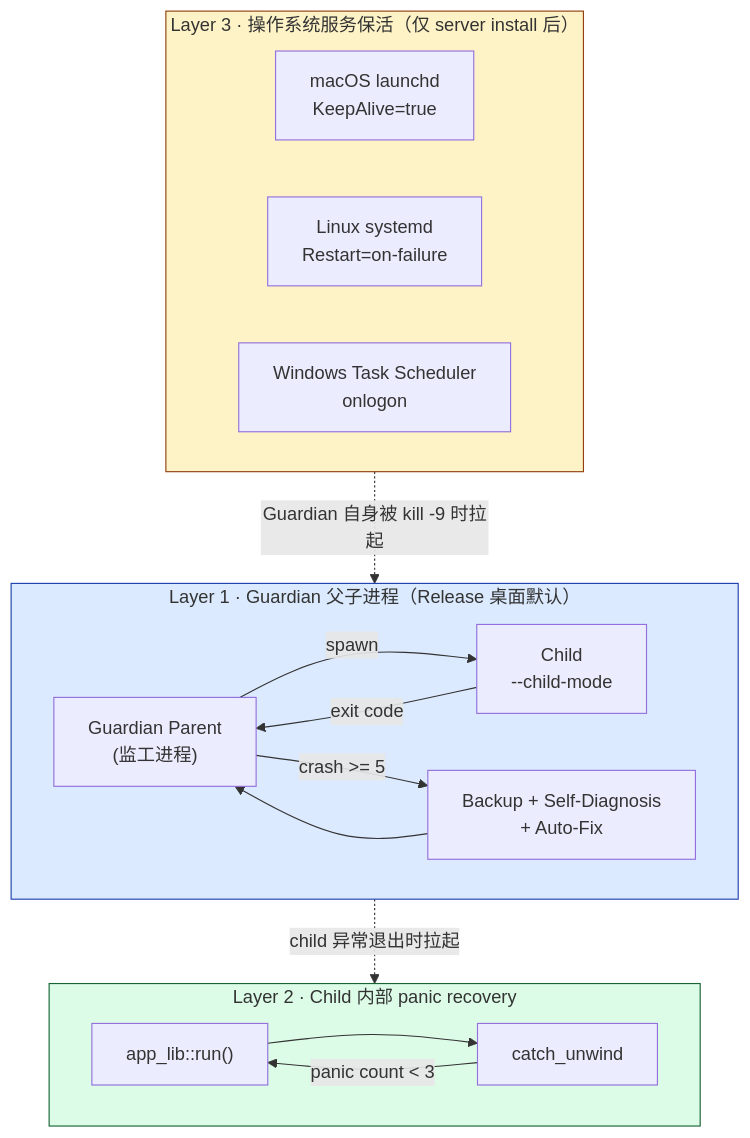
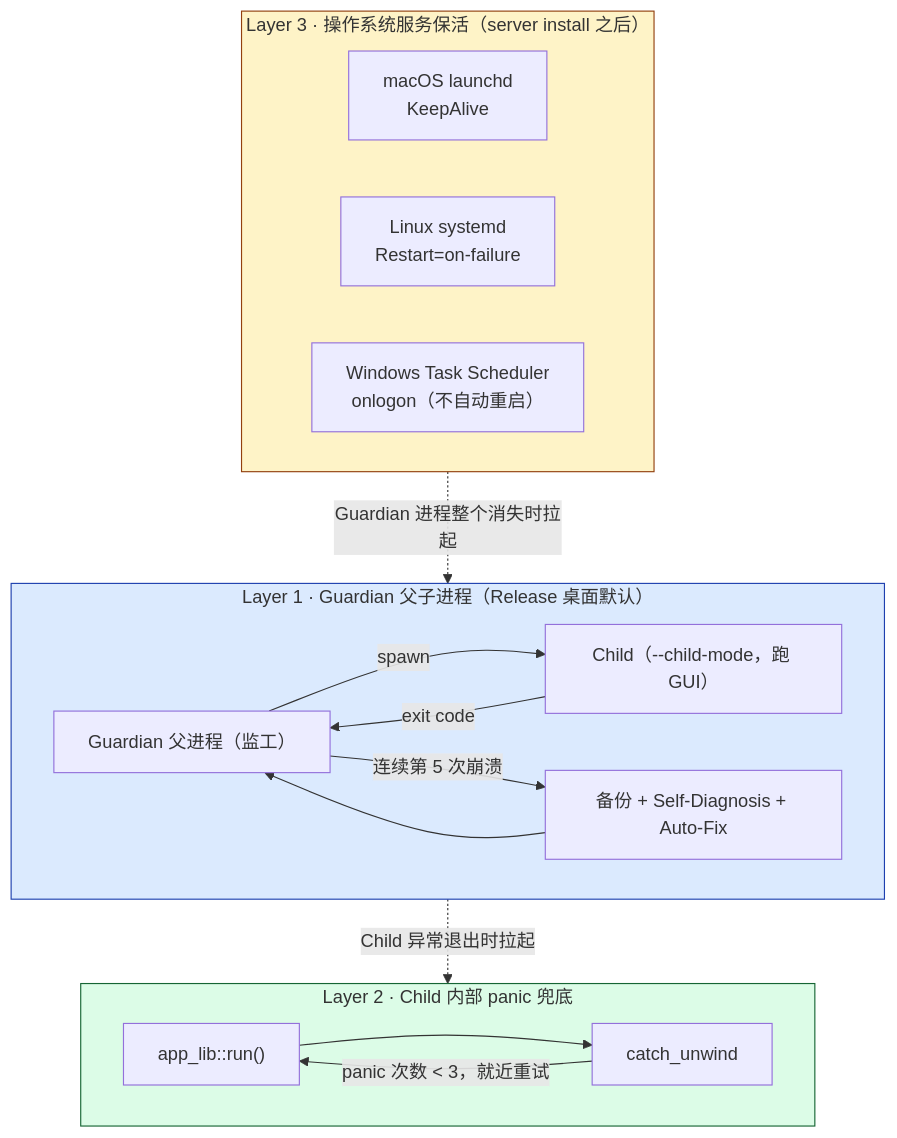
One commit to shiwenwen/hope-agent changed the first of 3 diagrams in docs/architecture/reliability.md. Above: the diagram before and after it, drawn with Mermaid. The commit also changed other lines of this file and 11 other files, not shown here.

````diff
--- a/docs/architecture/reliability.md
+++ b/docs/architecture/reliability.md
@@ -15,34 +24,35 @@
 ```mermaid
 flowchart TB
-    subgraph L3["Layer 3 · 操作系统服务保活（仅 server install 后）"]
-        LAUNCHD["macOS launchd<br/>KeepAlive=true"]
+    subgraph L3["Layer 3 · 操作系统服务保活（server install 之后）"]
+        LAUNCHD["macOS launchd<br/>KeepAlive"]
         SYSTEMD["Linux systemd<br/>Restart=on-failure"]
-        SCHTASKS["Windows Task Scheduler<br/>onlogon"]
+        SCHTASKS["Windows Task Scheduler<br/>onlogon（不自动重启）"]
     end
 
     subgraph L1["Layer 1 · Guardian 父子进程（Release 桌面默认）"]
-        GUARD["Guardian Parent<br/>(监工进程)"]
-        CHILD["Child<br/>--child-mode"]
+        GUARD["Guardian 父进程（监工）"]
+        CHILD["Child（--child-mode，跑 GUI）"]
+        DIAG["备份 + Self-Diagnosis + Auto-Fix"]
         GUARD -->|spawn| CHILD
         CHILD -->|exit code| GUARD
-        GUARD -->|crash &gt;= 5| DIAG["Backup + Self-Diagnosis<br/>+ Auto-Fix"]
+        GUARD -->|"连续第 5 次崩溃"| DIAG
         DIAG --> GUARD
     end
 
-    subgraph L2["Layer 2 · Child 内部 panic recovery"]
-        CHILD2["app_lib::run()"]
-        PANIC["catch_unwind"]
-        CHILD2 --> PANIC
-        PANIC -->|panic count &lt; 3| CHILD2
+    subgraph L2["Layer 2 · Child 内部 panic 兜底"]
+        RUN["app_lib::run()"]
+        CATCH["catch_unwind"]
+        RUN --> CATCH
+        CATCH -->|"panic 次数 < 3，就近重试"| RUN
     end
 
-    L3 -.->|"Guardian 自身被 kill -9 时拉起"| L1
-    L1 -.->|"child 异常退出时拉起"| L2
+    L3 -.->|"Guardian 进程整个消失时拉起"| L1
+    L1 -.->|"Child 异常退出时拉起"| L2
 
     classDef l1 fill:#dbeafe,stroke:#1e40af
     classDef l2 fill:#dcfce7,stroke:#166534
     classDef l3 fill:#fef3c7,stroke:#92400e
     class L1 l1
     class L2 l2
     class L3 l3
 ```
````
